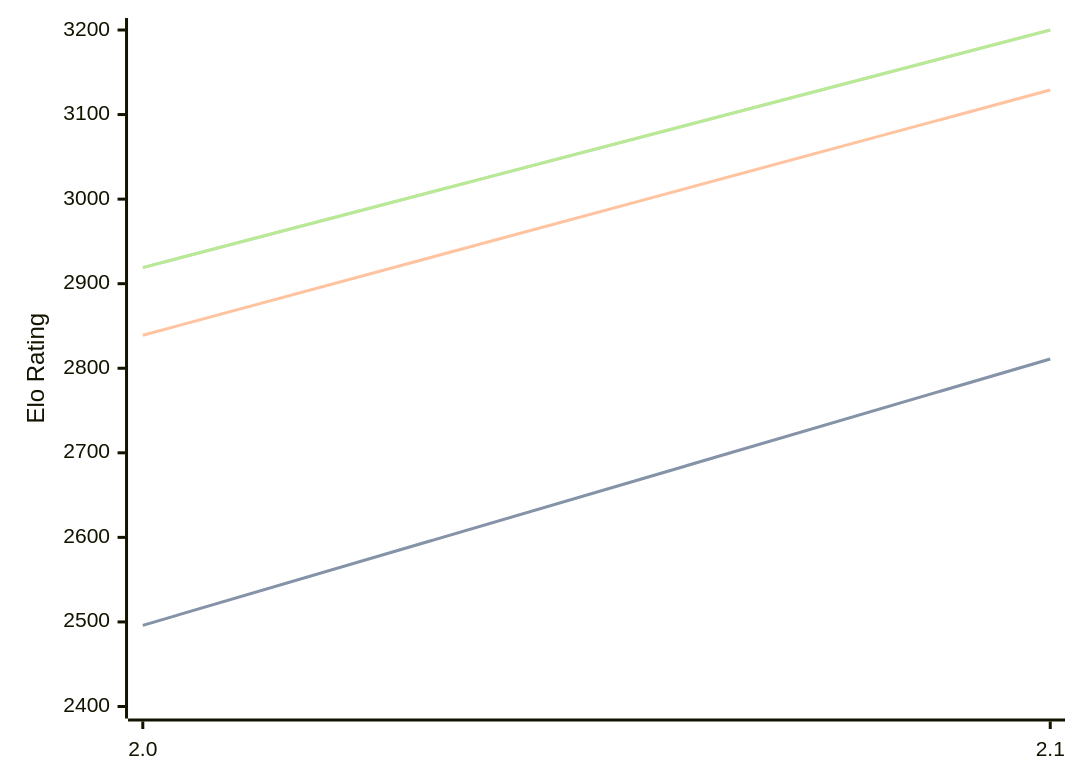
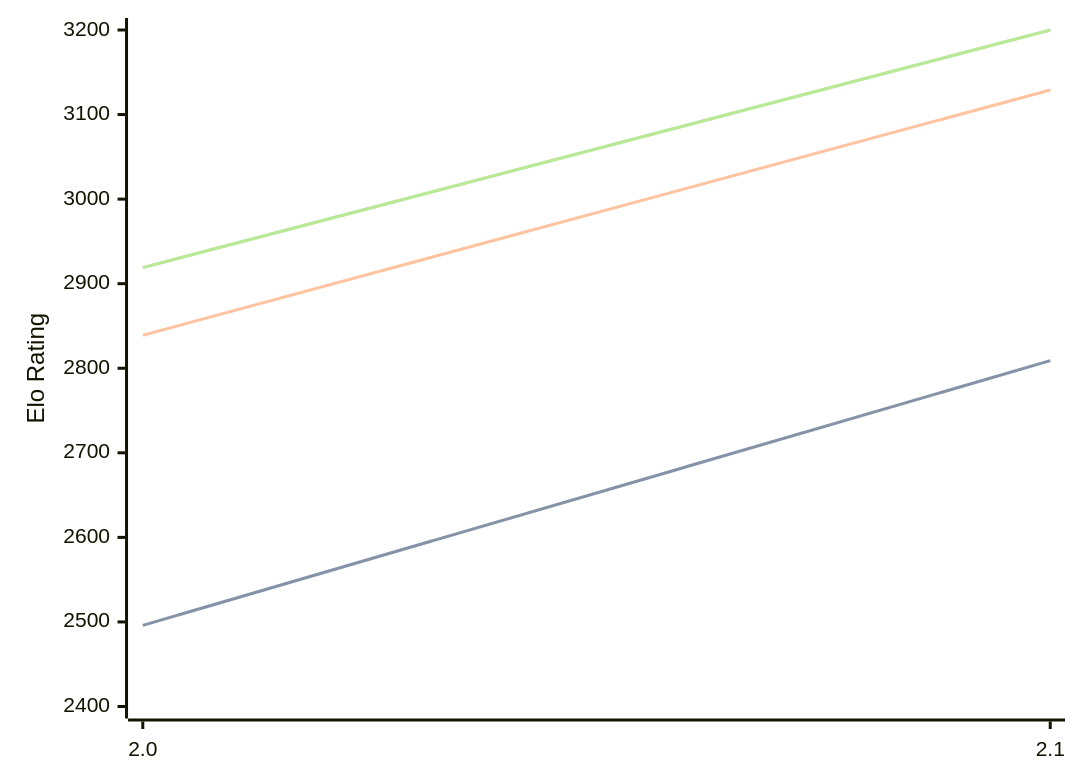
Before and after one commit to computer-chess-index/cci: the first of 3 diagrams in engines/Tunguska.md, drawn with Mermaid. The commit also changed other lines of this file, not shown here.

````diff
--- a/engines/Tunguska.md
+++ b/engines/Tunguska.md
@@ -32,11 +32,11 @@
 ```mermaid
 %%{init: {"theme":"base","themeVariables":{"seriesColors:['#a3a3a3','#222221','#faa371']}}}%%
 xychart-beta
   x-axis ["2.0", "2.1"]
   y-axis "Elo Rating" 2400 --> 3200
-  line "STC (8.0+0.08s)" [2496, 2811]
-  line "STC (8.0+0.08s)" [2496, 2811]
+  line "STC (8.0+0.08s)" [2496, 2809]
+  line "STC (8.0+0.08s)" [2496, 2809]
   line "LTC (60.0+0.60s)" [2839, 3129]
   line "VLTC (2m24s+1.12s)" [2919, 3200]
   line "VLTC (2m24s+1.12s)" [2919, 3200]
 ```
````
